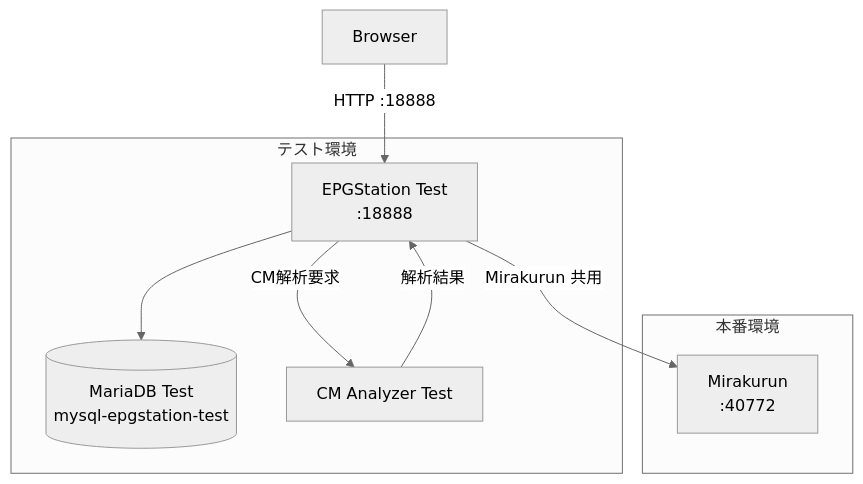
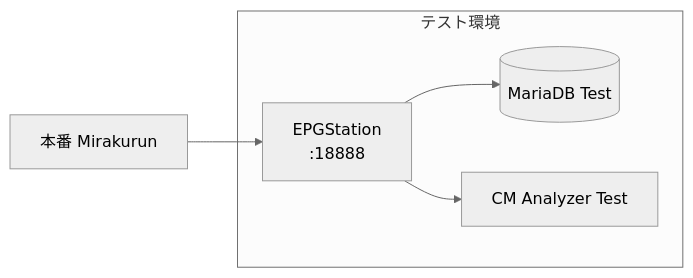
Before and after one commit to rucola-salad/docker-mirakurun-epgstation: the sixth of 6 diagrams in README.md, drawn with Mermaid (neutral theme). The commit also changed other lines of this file, not shown here.

````diff
--- a/README.md
+++ b/README.md
@@ -317,17 +322,12 @@
 ```mermaid
-flowchart TD
-    Browser[Browser]
-    subgraph Production[本番環境]
-        MIR[Mirakurun<br/>:40772]
-    end
-    subgraph Test[テスト環境]
-        EPGT[EPGStation Test<br/>:18888]
-        DBT[(MariaDB Test<br/>mysql-epgstation-test)]
+flowchart LR
+    MIR[本番 Mirakurun]
+    subgraph TEST[テスト環境]
+        EPGT[EPGStation<br/>:18888]
+        DBT[(MariaDB Test)]
         CMAT[CM Analyzer Test]
     end
-    Browser -->|HTTP :18888| EPGT
+    MIR --> EPGT
     EPGT --> DBT
-    EPGT -->|Mirakurun 共用| MIR
-    EPGT -->|CM解析要求| CMAT
-    CMAT -->|解析結果| EPGT
+    EPGT --> CMAT
 ```
````
